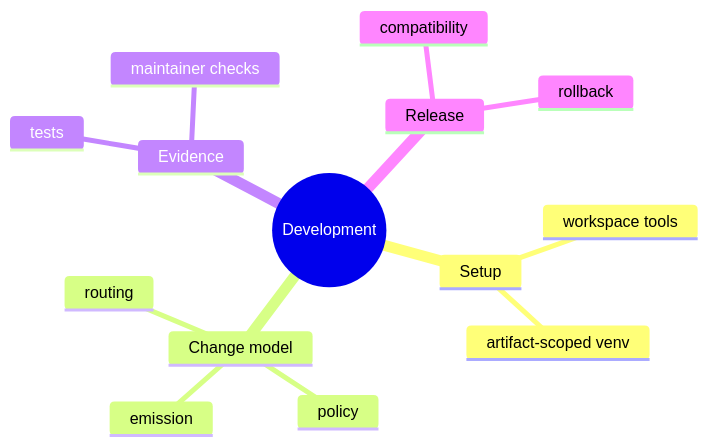
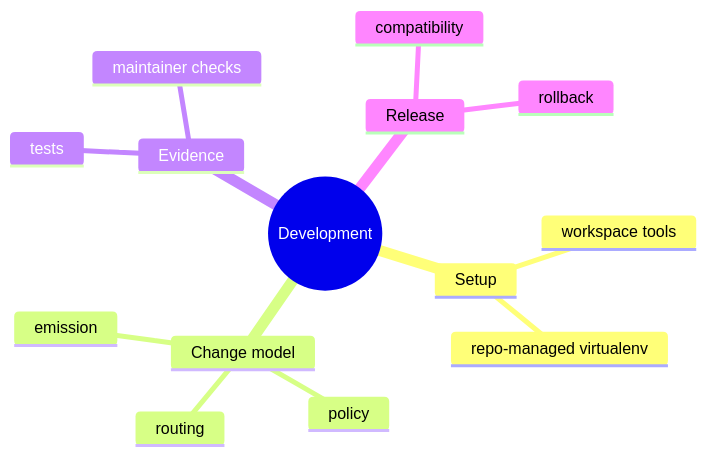
The second of 2 diagrams in docs/05-development/index.md (bijux/bijux-cli), drawn with Mermaid before and after one commit. The commit also changed 1 other file, not shown here.

Commit message:
docs(development): describe repo-managed tooling defaults

````diff
--- a/docs/05-development/index.md
+++ b/docs/05-development/index.md
@@ -16,17 +16,17 @@
 ```mermaid
 mindmap
   root((Development))
     Setup
       workspace tools
-      artifact-scoped venv
+      repo-managed virtualenv
     Change model
       routing
       policy
       emission
     Evidence
       tests
       maintainer checks
     Release
       compatibility
       rollback
 ```
````
